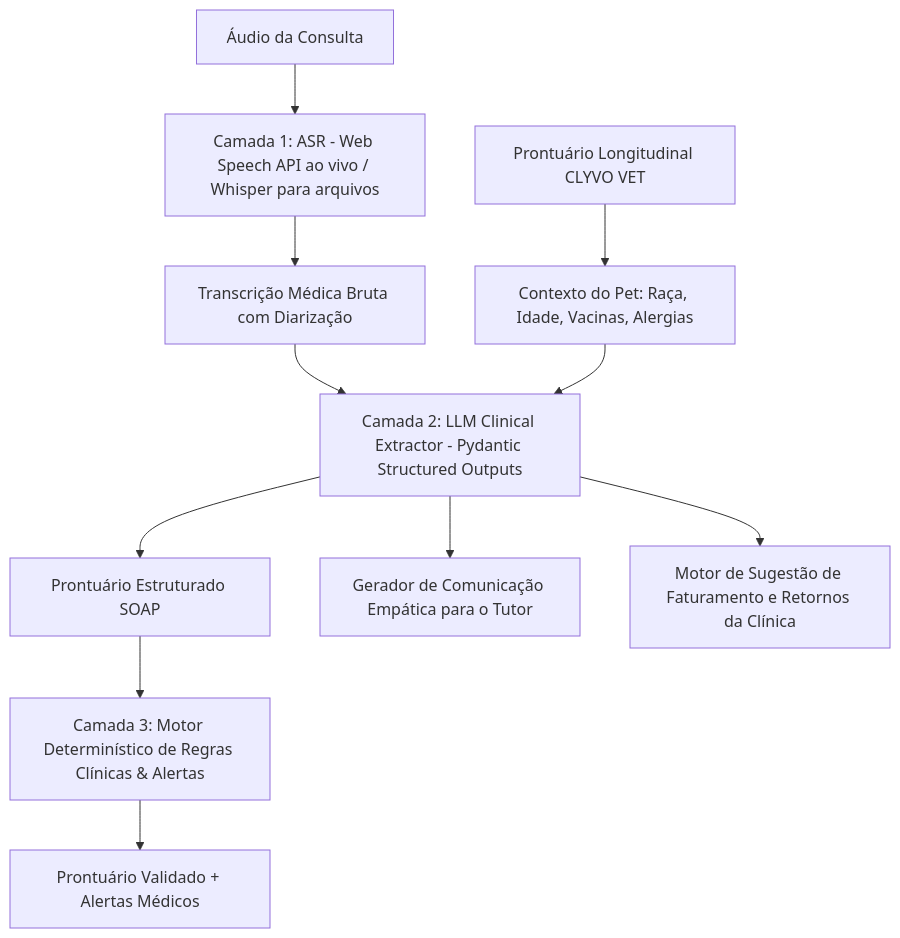
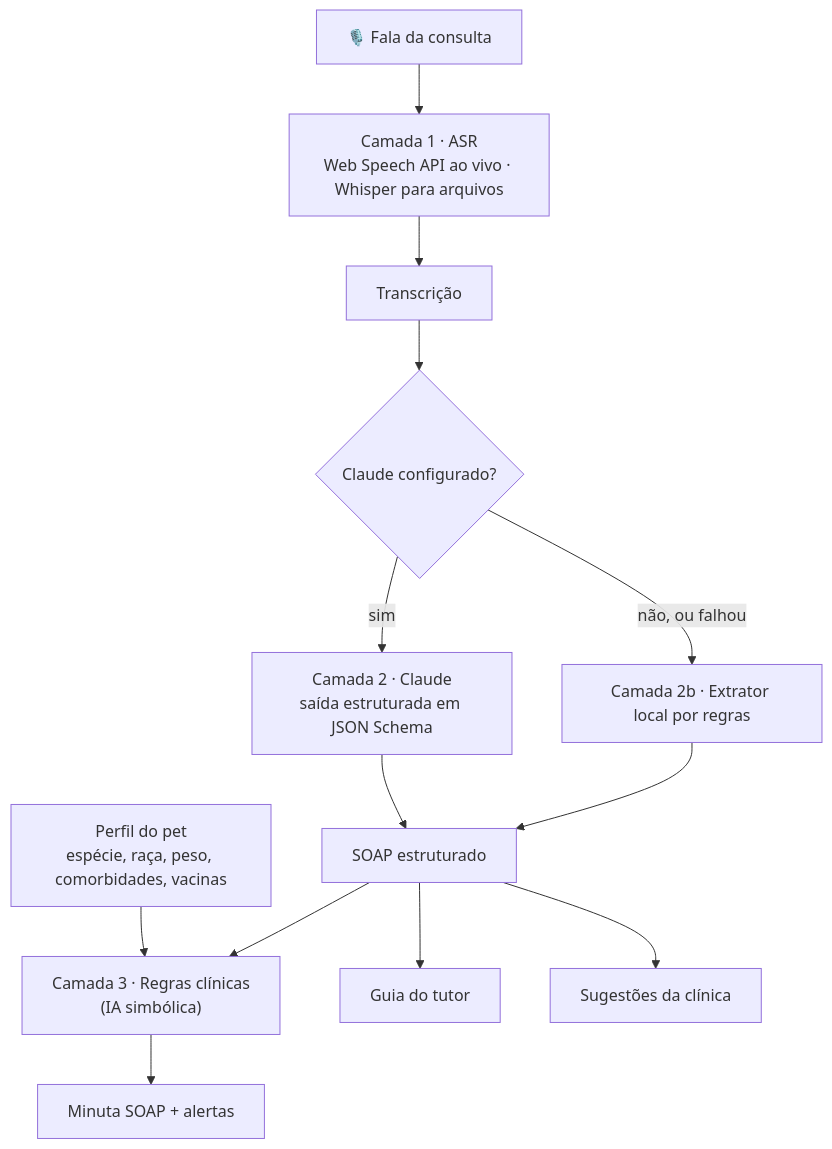
One commit to MCGI-PW/IoT-Clyvo-Vet_M changed the diagram in docs/AI_SPECIFICATION.md. Above: the diagram before and after it, drawn with Mermaid. The commit also changed other lines of this file and 16 other files, not shown here.

````diff
--- a/docs/AI_SPECIFICATION.md
+++ b/docs/AI_SPECIFICATION.md
@@ -62,13 +56,15 @@
 ```mermaid
-graph TD
-    A[Áudio da Consulta] --> B[Camada 1: ASR - Web Speech API ao vivo / Whisper para arquivos]
-    B --> C[Transcrição Médica Bruta com Diarização]
-    C --> D[Camada 2: LLM Clinical Extractor - Pydantic Structured Outputs]
-    E[Prontuário Longitudinal CLYVO VET] --> F[Contexto do Pet: Raça, Idade, Vacinas, Alergias]
-    F --> D
-    D --> G[Prontuário Estruturado SOAP]
-    G --> H[Camada 3: Motor Determinístico de Regras Clínicas & Alertas]
-    H --> I[Prontuário Validado + Alertas Médicos]
-    D --> J[Gerador de Comunicação Empática para o Tutor]
-    D --> K[Motor de Sugestão de Faturamento e Retornos da Clínica]
+flowchart TD
+    A["🎙️ Fala da consulta"] --> B["Camada 1 · ASR<br/>Web Speech API ao vivo · Whisper para arquivos"]
+    B --> C["Transcrição"]
+    C --> D{"Claude configurado?"}
+    D -->|"sim"| E["Camada 2 · Claude<br/>saída estruturada em JSON Schema"]
+    D -->|"não, ou falhou"| F["Camada 2b · Extrator local por regras"]
+    E --> G["SOAP estruturado"]
+    F --> G
+    P["Perfil do pet<br/>espécie, raça, peso, comorbidades, vacinas"] --> H
+    G --> H["Camada 3 · Regras clínicas<br/>(IA simbólica)"]
+    H --> I["Minuta SOAP + alertas"]
+    G --> J["Guia do tutor"]
+    G --> K["Sugestões da clínica"]
 ```
````
